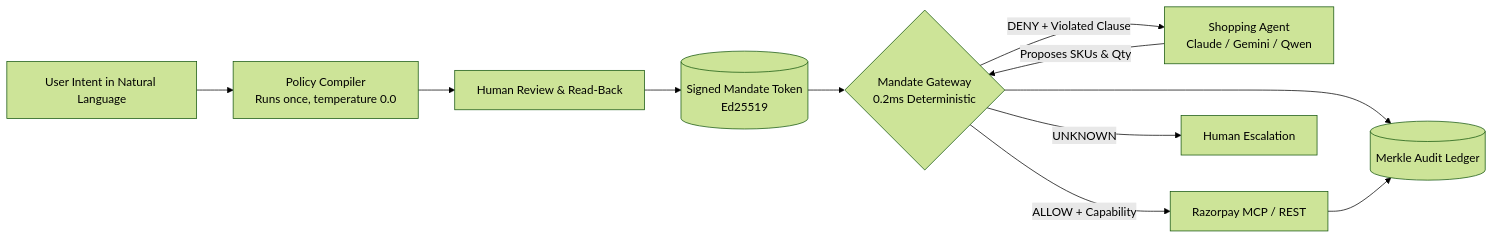
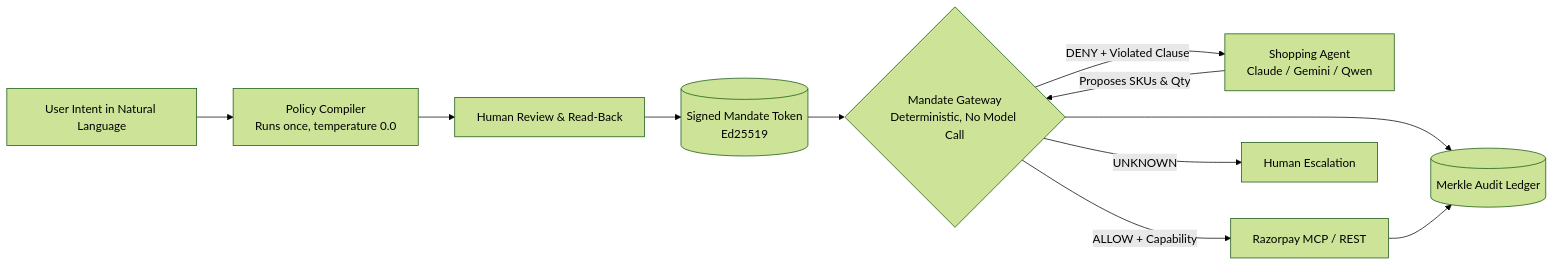
The diagram in README.md (Sky-walkerX/razorpay-mandate), drawn with Mermaid (forest theme) before and after one commit. The commit also changed other lines of this file and 2 other files, not shown here.

````diff
--- a/README.md
+++ b/README.md
@@ -39,13 +39,13 @@
 ```mermaid
 flowchart LR
     U[User Intent in Natural Language] --> C[Policy Compiler<br/>Runs once, temperature 0.0]
     C --> R[Human Review & Read-Back]
     R --> S[(Signed Mandate Token<br/>Ed25519)]
-    A[Shopping Agent<br/>Claude / Gemini / Qwen] -->|Proposes SKUs & Qty| G{Mandate Gateway<br/>0.2ms Deterministic}
+    A[Shopping Agent<br/>Claude / Gemini / Qwen] -->|Proposes SKUs & Qty| G{Mandate Gateway<br/>Deterministic, No Model Call}
     S --> G
     G -->|ALLOW + Capability| RZP[Razorpay MCP / REST]
     G -->|DENY + Violated Clause| A
     G -->|UNKNOWN| H[Human Escalation]
     G --> L[(Merkle Audit Ledger)]
     RZP --> L
 ```
````
